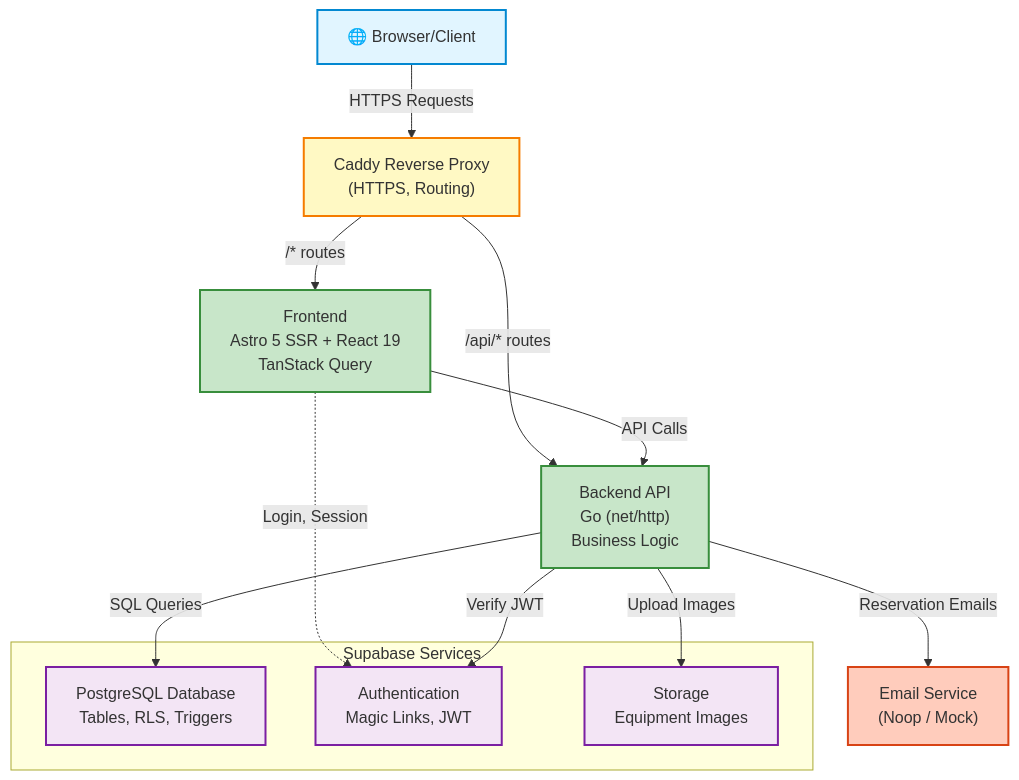
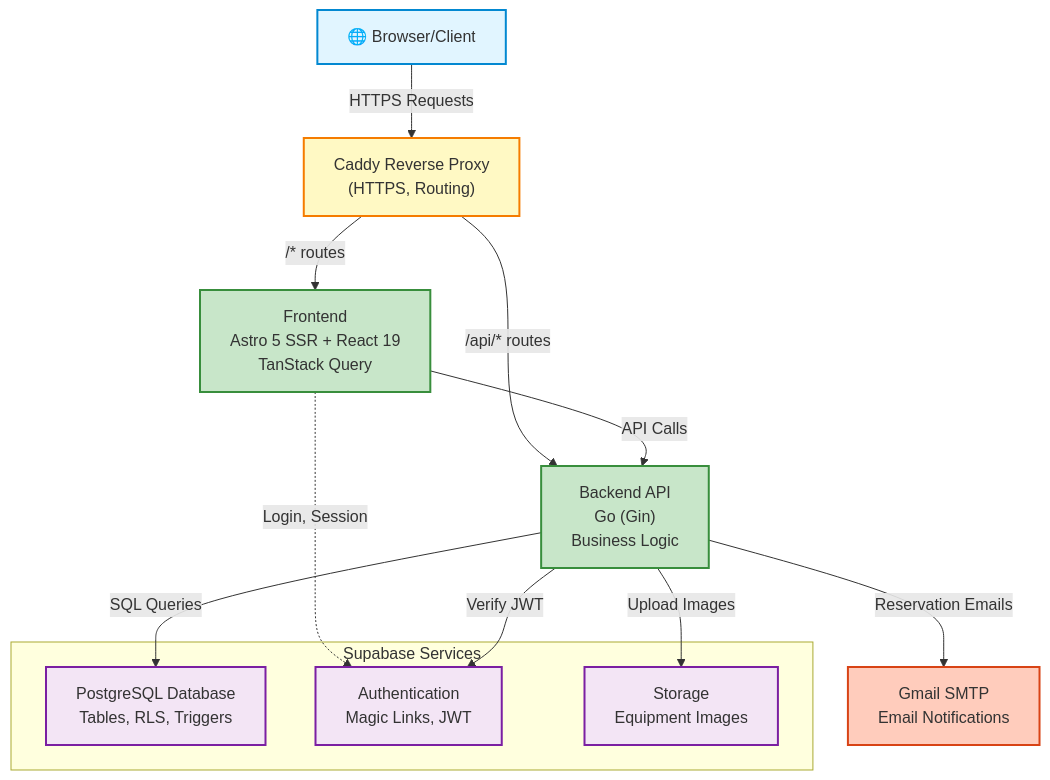
Before and after one commit to AKTK-Bystrze/Magazyn: the diagram in documentation/overview/high-level-architecture.md, drawn with Mermaid. The commit also changed other lines of this file and 183 other files, not shown here.

````diff
--- a/documentation/overview/high-level-architecture.md
+++ b/documentation/overview/high-level-architecture.md
@@ -5,43 +5,43 @@
 ```mermaid
 flowchart TB
     Browser["🌐 Browser/Client"]
     
     Caddy["Caddy Reverse Proxy<br/>(HTTPS, Routing)"]
     
     Frontend["Frontend<br/>Astro 5 SSR + React 19<br/>TanStack Query"]
     
-    Backend["Backend API<br/>Go (net/http)<br/>Business Logic"]
+    Backend["Backend API<br/>Go (Gin)<br/>Business Logic"]
     
     subgraph Supabase["Supabase Services"]
         DB["PostgreSQL Database<br/>Tables, RLS, Triggers"]
         Auth["Authentication<br/>Magic Links, JWT"]
         Storage["Storage<br/>Equipment Images"]
     end
     
-    Email["Email Service<br/>(Noop / Mock)"]
+    SMTP["Gmail SMTP<br/>Email Notifications"]
     
     Browser -->|"HTTPS Requests"| Caddy
     
     Caddy -->|"/* routes"| Frontend
     Caddy -->|"/api/* routes"| Backend
     
     Frontend -->|"API Calls"| Backend
     Frontend -.->|"Login, Session"| Auth
     
     Backend -->|"SQL Queries"| DB
     Backend -->|"Verify JWT"| Auth
     Backend -->|"Upload Images"| Storage
-    Backend -->|"Reservation Emails"| Email
+    Backend -->|"Reservation Emails"| SMTP
     
     classDef browserStyle fill:#e1f5ff,stroke:#0288d1,stroke-width:2px
     classDef proxyStyle fill:#fff9c4,stroke:#f57c00,stroke-width:2px
     classDef appStyle fill:#c8e6c9,stroke:#388e3c,stroke-width:2px
     classDef supabaseStyle fill:#f3e5f5,stroke:#7b1fa2,stroke-width:2px
     classDef externalStyle fill:#ffccbc,stroke:#d84315,stroke-width:2px
     
     class Browser browserStyle
     class Caddy proxyStyle
     class Frontend,Backend appStyle
     class DB,Auth,Storage supabaseStyle
-    class Email externalStyle
+    class SMTP externalStyle
 ```
````
